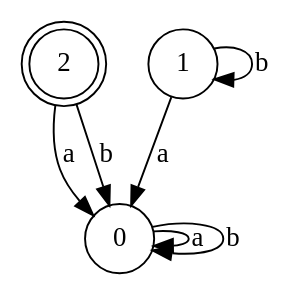
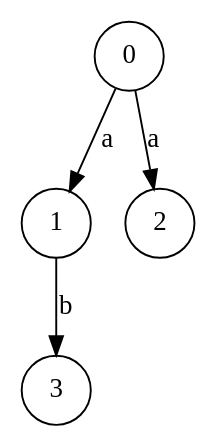
One commit to BilelAvans/FormMeth changed the diagram in Storage/JPEG/test.gv. Above: the diagram before and after it, drawn with Graphviz. The commit also changed 11 other files, not shown here.

```diff
--- a/Storage/JPEG/test.gv
+++ b/Storage/JPEG/test.gv
@@ -1,9 +1,6 @@
 digraph { 
-node [shape = doublecircle]; 2 node [shape = circle]; 
-0 -> 0 [ label="a", weigth="0.6"]; 
-0 -> 0 [ label="b", weigth="0.6"]; 
-1 -> 1 [ label="b", weigth="0.6"]; 
-1 -> 0 [ label="a", weigth="0.6"]; 
-2 -> 0 [ label="a", weigth="0.6"]; 
-2 -> 0 [ label="b", weigth="0.6"]; 
+node [shape = doublecircle]; node [shape = circle]; 
+0 -> 1 [ label="a", weigth="0.6"]; 
+0 -> 2 [ label="a", weigth="0.6"]; 
+1 -> 3 [ label="b", weigth="0.6"]; 
 }
```
